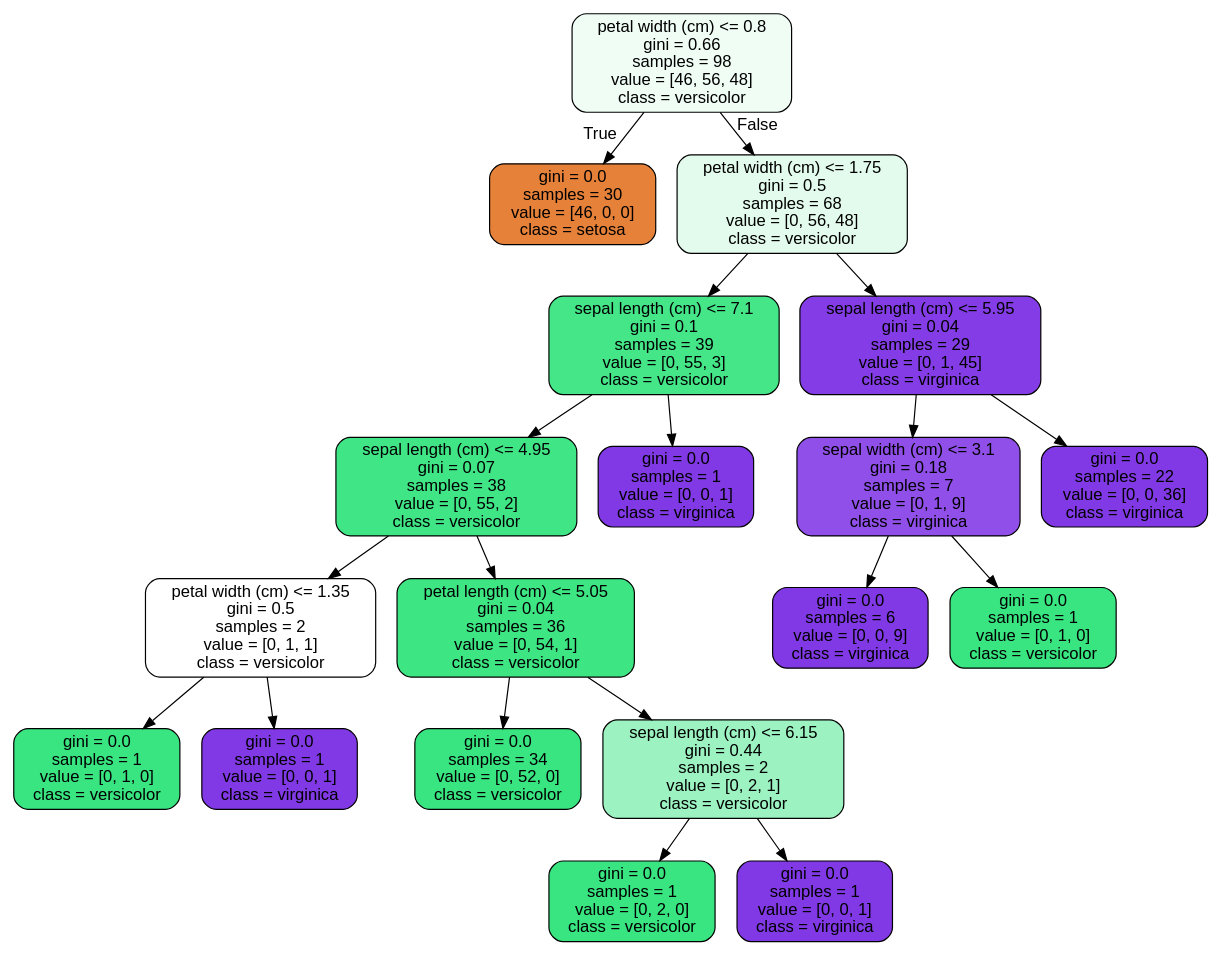
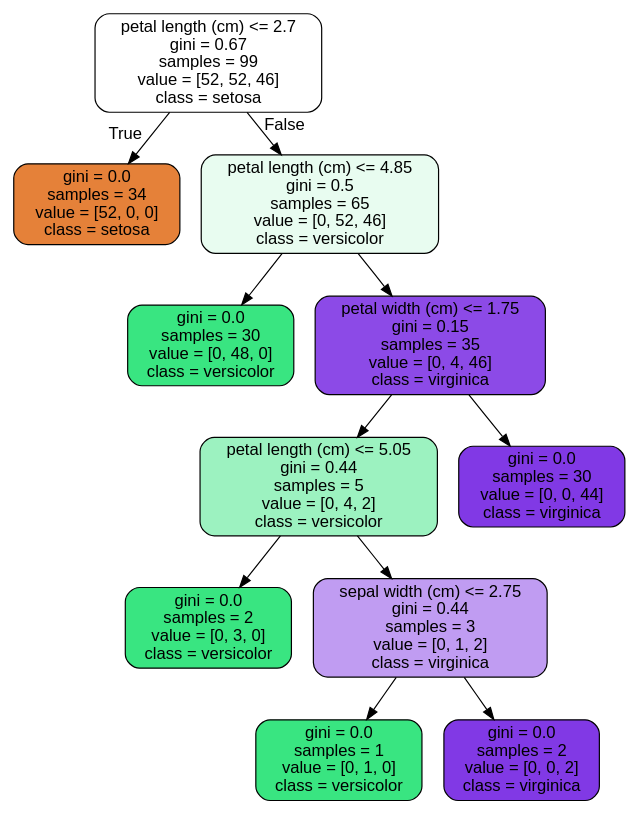
The diagram in tree.dot (mnguyen494/RandomForest-Covid-Case-Study_06302020), drawn with Graphviz before and after one commit. The commit also changed 2 other files, not shown here.

```diff
--- a/tree.dot
+++ b/tree.dot
@@ -1,41 +1,25 @@
 digraph Tree {
 node [shape=box, style="filled, rounded", color="black", fontname=helvetica] ;
 edge [fontname=helvetica] ;
-0 [label="petal width (cm) <= 0.8\ngini = 0.66\nsamples = 98\nvalue = [46, 56, 48]\nclass = versicolor", fillcolor="#effdf5"] ;
-1 [label="gini = 0.0\nsamples = 30\nvalue = [46, 0, 0]\nclass = setosa", fillcolor="#e58139"] ;
+0 [label="petal length (cm) <= 2.7\ngini = 0.67\nsamples = 99\nvalue = [52, 52, 46]\nclass = setosa", fillcolor="#ffffff"] ;
+1 [label="gini = 0.0\nsamples = 34\nvalue = [52, 0, 0]\nclass = setosa", fillcolor="#e58139"] ;
 0 -> 1 [labeldistance=2.5, labelangle=45, headlabel="True"] ;
-2 [label="petal width (cm) <= 1.75\ngini = 0.5\nsamples = 68\nvalue = [0, 56, 48]\nclass = versicolor", fillcolor="#e3fbed"] ;
+2 [label="petal length (cm) <= 4.85\ngini = 0.5\nsamples = 65\nvalue = [0, 52, 46]\nclass = versicolor", fillcolor="#e8fcf0"] ;
 0 -> 2 [labeldistance=2.5, labelangle=-45, headlabel="False"] ;
-3 [label="sepal length (cm) <= 7.1\ngini = 0.1\nsamples = 39\nvalue = [0, 55, 3]\nclass = versicolor", fillcolor="#44e688"] ;
+3 [label="gini = 0.0\nsamples = 30\nvalue = [0, 48, 0]\nclass = versicolor", fillcolor="#39e581"] ;
 2 -> 3 ;
-4 [label="sepal length (cm) <= 4.95\ngini = 0.07\nsamples = 38\nvalue = [0, 55, 2]\nclass = versicolor", fillcolor="#40e686"] ;
-3 -> 4 ;
-5 [label="petal width (cm) <= 1.35\ngini = 0.5\nsamples = 2\nvalue = [0, 1, 1]\nclass = versicolor", fillcolor="#ffffff"] ;
+4 [label="petal width (cm) <= 1.75\ngini = 0.15\nsamples = 35\nvalue = [0, 4, 46]\nclass = virginica", fillcolor="#8c4ae7"] ;
+2 -> 4 ;
+5 [label="petal length (cm) <= 5.05\ngini = 0.44\nsamples = 5\nvalue = [0, 4, 2]\nclass = versicolor", fillcolor="#9cf2c0"] ;
 4 -> 5 ;
-6 [label="gini = 0.0\nsamples = 1\nvalue = [0, 1, 0]\nclass = versicolor", fillcolor="#39e581"] ;
+6 [label="gini = 0.0\nsamples = 2\nvalue = [0, 3, 0]\nclass = versicolor", fillcolor="#39e581"] ;
 5 -> 6 ;
-7 [label="gini = 0.0\nsamples = 1\nvalue = [0, 0, 1]\nclass = virginica", fillcolor="#8139e5"] ;
+7 [label="sepal width (cm) <= 2.75\ngini = 0.44\nsamples = 3\nvalue = [0, 1, 2]\nclass = virginica", fillcolor="#c09cf2"] ;
 5 -> 7 ;
-8 [label="petal length (cm) <= 5.05\ngini = 0.04\nsamples = 36\nvalue = [0, 54, 1]\nclass = versicolor", fillcolor="#3de583"] ;
-4 -> 8 ;
-9 [label="gini = 0.0\nsamples = 34\nvalue = [0, 52, 0]\nclass = versicolor", fillcolor="#39e581"] ;
-8 -> 9 ;
-10 [label="sepal length (cm) <= 6.15\ngini = 0.44\nsamples = 2\nvalue = [0, 2, 1]\nclass = versicolor", fillcolor="#9cf2c0"] ;
-8 -> 10 ;
-11 [label="gini = 0.0\nsamples = 1\nvalue = [0, 2, 0]\nclass = versicolor", fillcolor="#39e581"] ;
-10 -> 11 ;
-12 [label="gini = 0.0\nsamples = 1\nvalue = [0, 0, 1]\nclass = virginica", fillcolor="#8139e5"] ;
-10 -> 12 ;
-13 [label="gini = 0.0\nsamples = 1\nvalue = [0, 0, 1]\nclass = virginica", fillcolor="#8139e5"] ;
-3 -> 13 ;
-14 [label="sepal length (cm) <= 5.95\ngini = 0.04\nsamples = 29\nvalue = [0, 1, 45]\nclass = virginica", fillcolor="#843de6"] ;
-2 -> 14 ;
-15 [label="sepal width (cm) <= 3.1\ngini = 0.18\nsamples = 7\nvalue = [0, 1, 9]\nclass = virginica", fillcolor="#8f4fe8"] ;
-14 -> 15 ;
-16 [label="gini = 0.0\nsamples = 6\nvalue = [0, 0, 9]\nclass = virginica", fillcolor="#8139e5"] ;
-15 -> 16 ;
-17 [label="gini = 0.0\nsamples = 1\nvalue = [0, 1, 0]\nclass = versicolor", fillcolor="#39e581"] ;
-15 -> 17 ;
-18 [label="gini = 0.0\nsamples = 22\nvalue = [0, 0, 36]\nclass = virginica", fillcolor="#8139e5"] ;
-14 -> 18 ;
+8 [label="gini = 0.0\nsamples = 1\nvalue = [0, 1, 0]\nclass = versicolor", fillcolor="#39e581"] ;
+7 -> 8 ;
+9 [label="gini = 0.0\nsamples = 2\nvalue = [0, 0, 2]\nclass = virginica", fillcolor="#8139e5"] ;
+7 -> 9 ;
+10 [label="gini = 0.0\nsamples = 30\nvalue = [0, 0, 44]\nclass = virginica", fillcolor="#8139e5"] ;
+4 -> 10 ;
 }
```
